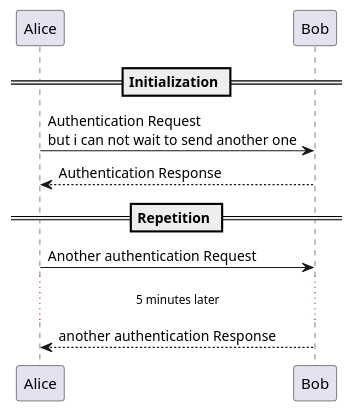
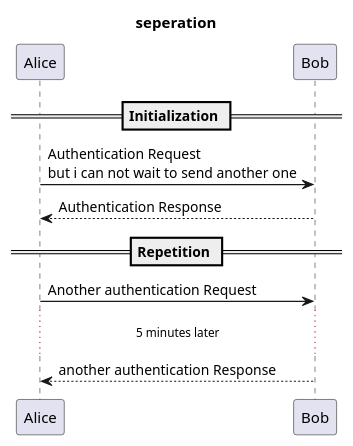
The diagram in sequence/seperation.plantuml (TabotCharlesBessong/XML), drawn with PlantUML before and after one commit. The commit also changed 3 other files, not shown here.

Commit message:
generating url for a diagram

```diff
--- a/sequence/seperation.plantuml
+++ b/sequence/seperation.plantuml
@@ -1,9 +1,10 @@
 @startuml seperation
+title seperation
 == Initialization ==
 Alice -> Bob: Authentication Request\nbut i can not wait to send another one
 Bob --> Alice: Authentication Response
 == Repetition ==
 Alice -> Bob: Another authentication Request
 ...5 minutes later...
 Alice <-- Bob: another authentication Response
 @enduml
```
